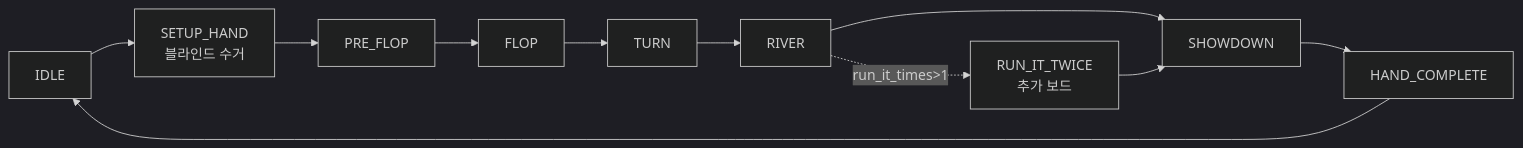
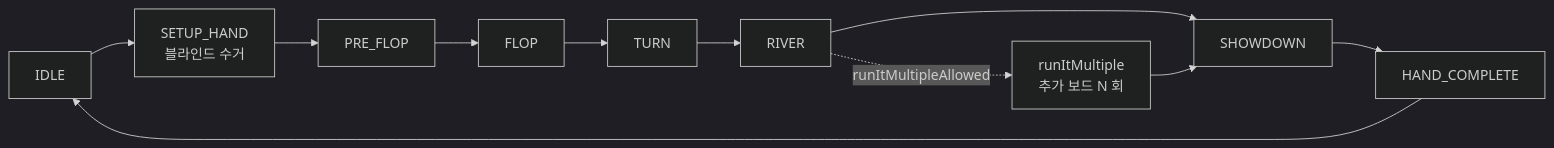
Before and after one commit to garimto81/ebs_github: the third of 9 diagrams in docs/1. Product/Command_Center.md, drawn with Mermaid (dark theme). The commit also changed other lines of this file and 2 other files, not shown here.

First line of the commit message:
docs(prd): code-driven cascade — RUN_IT_TWICE → runItMultiple 명명 통일 + runItTwiceShare 명시화

````diff
--- a/docs/1. Product/Command_Center.md
+++ b/docs/1. Product/Command_Center.md
@@ -326,13 +326,13 @@
 ```mermaid
 flowchart LR
     A["IDLE"] --> B["SETUP_HAND<br/>블라인드 수거"]
     B --> C["PRE_FLOP"]
     C --> D["FLOP"]
     D --> E["TURN"]
     E --> F["RIVER"]
     F --> G["SHOWDOWN"]
-    F -.run_it_times>1.-> R["RUN_IT_TWICE<br/>추가 보드"]
+    F -.runItMultipleAllowed.-> R["runItMultiple<br/>추가 보드 N 회"]
     R --> G
     G --> H["HAND_COMPLETE"]
     H --> A
 ```
````
